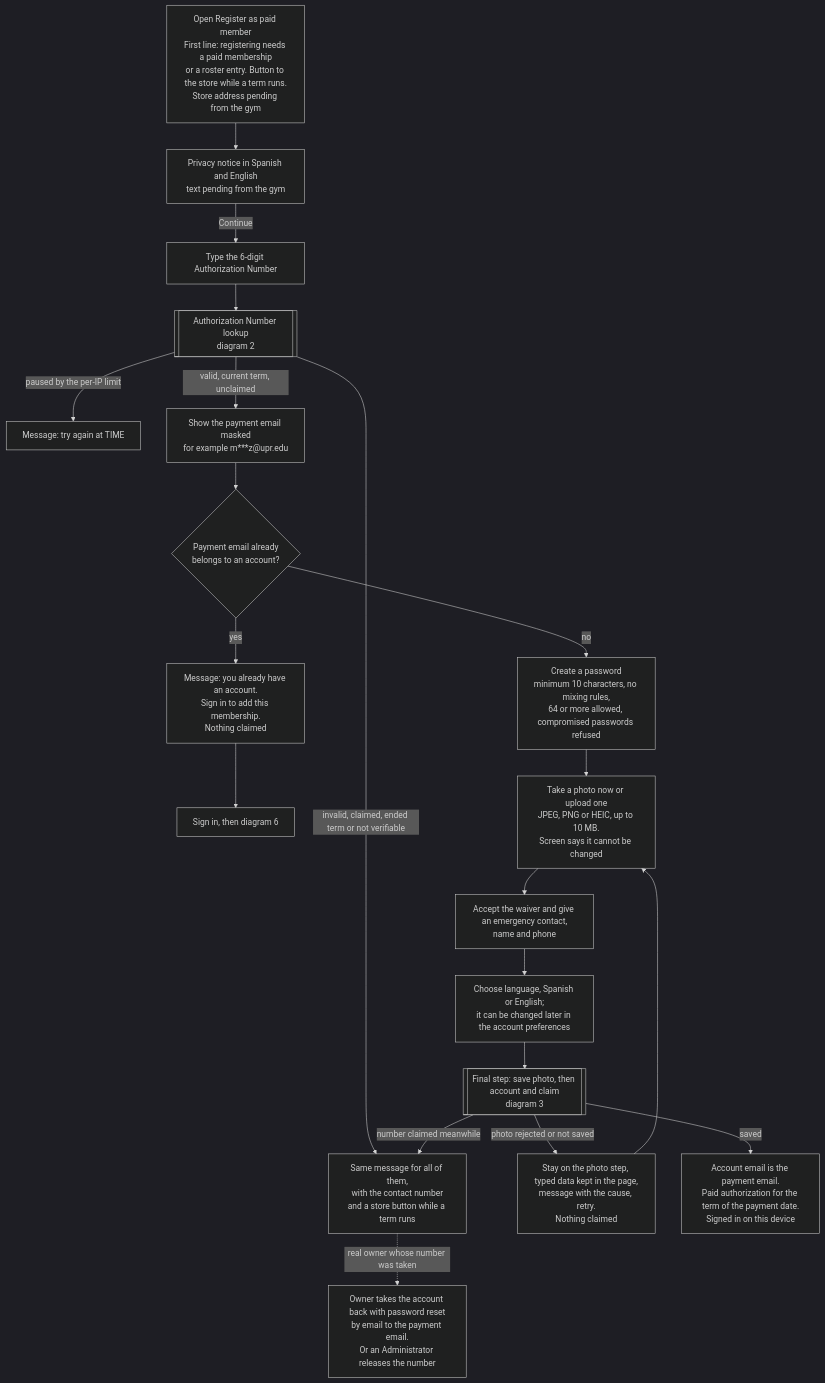
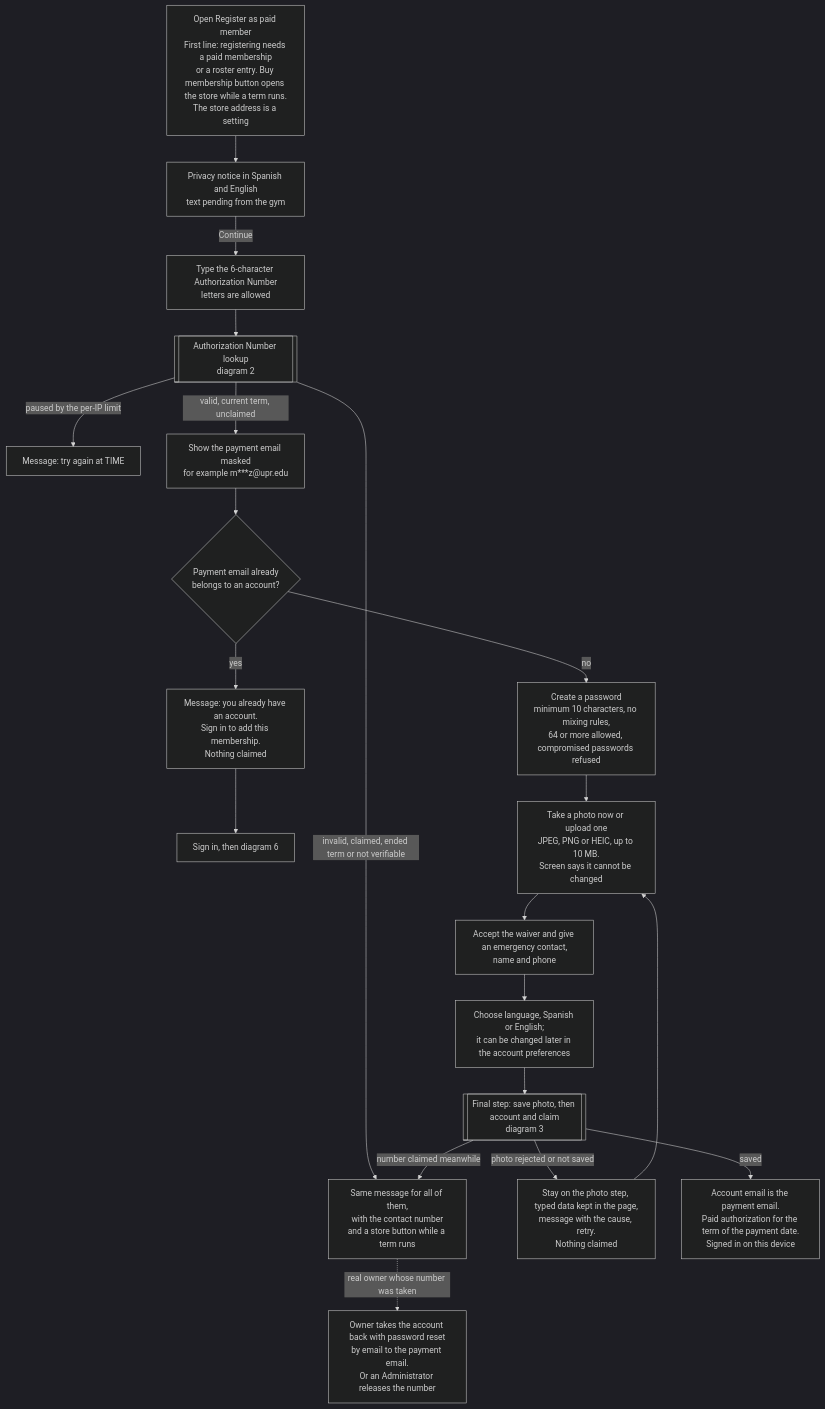
Before and after one commit to Th3-Minorities/natatorio-gym-app: the first of 8 diagrams in docs/design/registration-flows.md, drawn with Mermaid (dark theme). The commit also changed other lines of this file and 8 other files, not shown here.

Commit message:
Update the SRS and design docs for personal staff accounts, check-out, one roster, store sync and the other meeting decisions

````diff
--- a/docs/design/registration-flows.md
+++ b/docs/design/registration-flows.md
@@ -22,22 +22,22 @@
 ```mermaid
 flowchart TD
-  START["Open Register as paid member<br/>First line: registering needs a paid membership<br/>or a roster entry. Button to the store while a term runs.<br/>Store address pending from the gym"] --> PN["Privacy notice in Spanish and English<br/>text pending from the gym"]
-  PN -->|"Continue"| NUM["Type the 6-digit Authorization Number"]
+  START["Open Register as paid member<br/>First line: registering needs a paid membership<br/>or a roster entry. Buy membership button opens the store while a term runs.<br/>The store address is a setting"] --> PN["Privacy notice in Spanish and English<br/>text pending from the gym"]
+  PN -->|"Continue"| NUM["Type the 6-character Authorization Number<br/>letters are allowed"]
   NUM --> LK[["Authorization Number lookup<br/>diagram 2"]]
   LK -->|"invalid, claimed, ended term or not verifiable"| M1["Same message for all of them,<br/>with the contact number<br/>and a store button while a term runs"]
   LK -->|"paused by the per-IP limit"| M3["Message: try again at TIME"]
   LK -->|"valid, current term, unclaimed"| MASK["Show the payment email masked<br/>for example m***z@upr.edu"]
   MASK --> HAS{"Payment email already<br/>belongs to an account?"}
   HAS -->|"yes"| REN["Message: you already have an account.<br/>Sign in to add this membership.<br/>Nothing claimed"]
   REN --> SI["Sign in, then diagram 6"]
   HAS -->|"no"| PW["Create a password<br/>minimum 10 characters, no mixing rules,<br/>64 or more allowed, compromised passwords refused"]
   PW --> PH["Take a photo now or upload one<br/>JPEG, PNG or HEIC, up to 10 MB.<br/>Screen says it cannot be changed"]
   PH --> WV["Accept the waiver and give an emergency contact,<br/>name and phone"]
   WV --> LG["Choose language, Spanish or English;<br/>it can be changed later in the account preferences"]
   LG --> FIN[["Final step: save photo, then account and claim<br/>diagram 3"]]
   FIN -->|"photo rejected or not saved"| PF["Stay on the photo step, typed data kept in the page,<br/>message with the cause, retry.<br/>Nothing claimed"]
   PF --> PH
   FIN -->|"number claimed meanwhile"| M1
   FIN -->|"saved"| OK["Account email is the payment email.<br/>Paid authorization for the term of the payment date.<br/>Signed in on this device"]
   M1 -.->|"real owner whose number was taken"| RO["Owner takes the account back with password reset<br/>by email to the payment email.<br/>Or an Administrator releases the number"]
 ```
````
